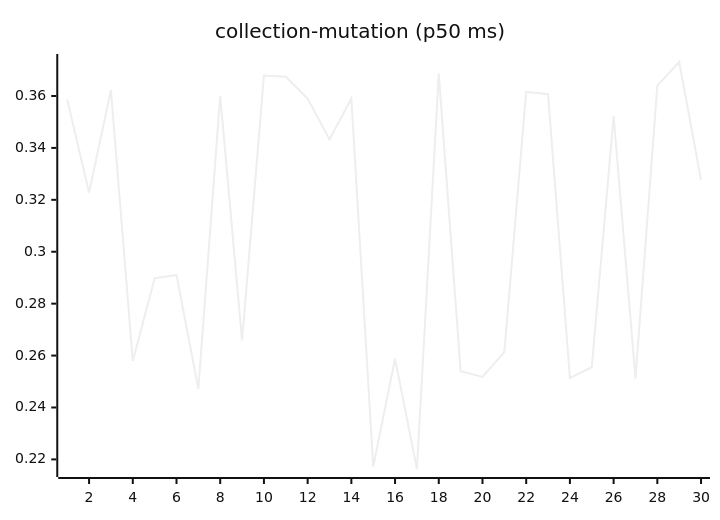
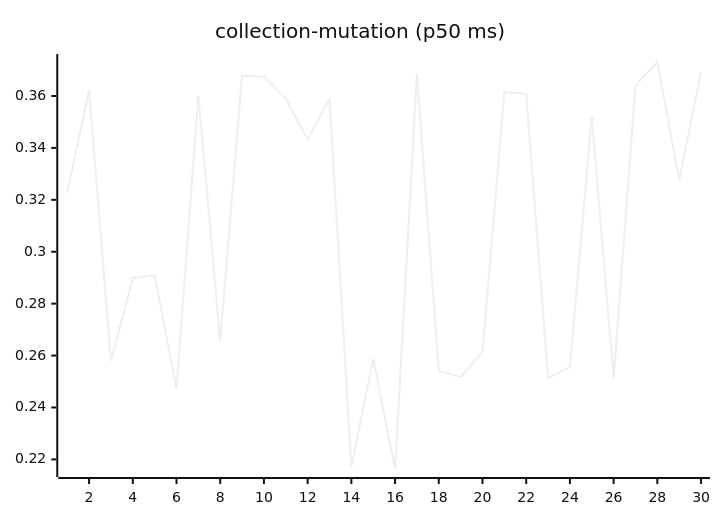
One commit to josha/Facet changed the sixth of 27 diagrams in README.md. Above: the diagram before and after it, drawn with Mermaid (neutral theme). The commit also changed other lines of this file and 2 other files, not shown here.

````diff
--- a/README.md
+++ b/README.md
@@ -98,6 +98,6 @@
 ```mermaid
 xychart-beta
     title "collection-mutation (p50 ms)"
     x-axis 1 --> 30
-    line [0.3586, 0.3228, 0.3623, 0.2579, 0.2898, 0.2910, 0.2472, 0.3601, 0.2657, 0.3679, 0.3674, 0.3590, 0.3433, 0.3590, 0.2171, 0.2588, 0.2163, 0.3686, 0.2540, 0.2518, 0.2613, 0.3616, 0.3607, 0.2514, 0.2555, 0.3523, 0.2512, 0.3640, 0.3731, 0.3276]
+    line [0.3228, 0.3623, 0.2579, 0.2898, 0.2910, 0.2472, 0.3601, 0.2657, 0.3679, 0.3674, 0.3590, 0.3433, 0.3590, 0.2171, 0.2588, 0.2163, 0.3686, 0.2540, 0.2518, 0.2613, 0.3616, 0.3607, 0.2514, 0.2555, 0.3523, 0.2512, 0.3640, 0.3731, 0.3276, 0.3692]
 ```
````
